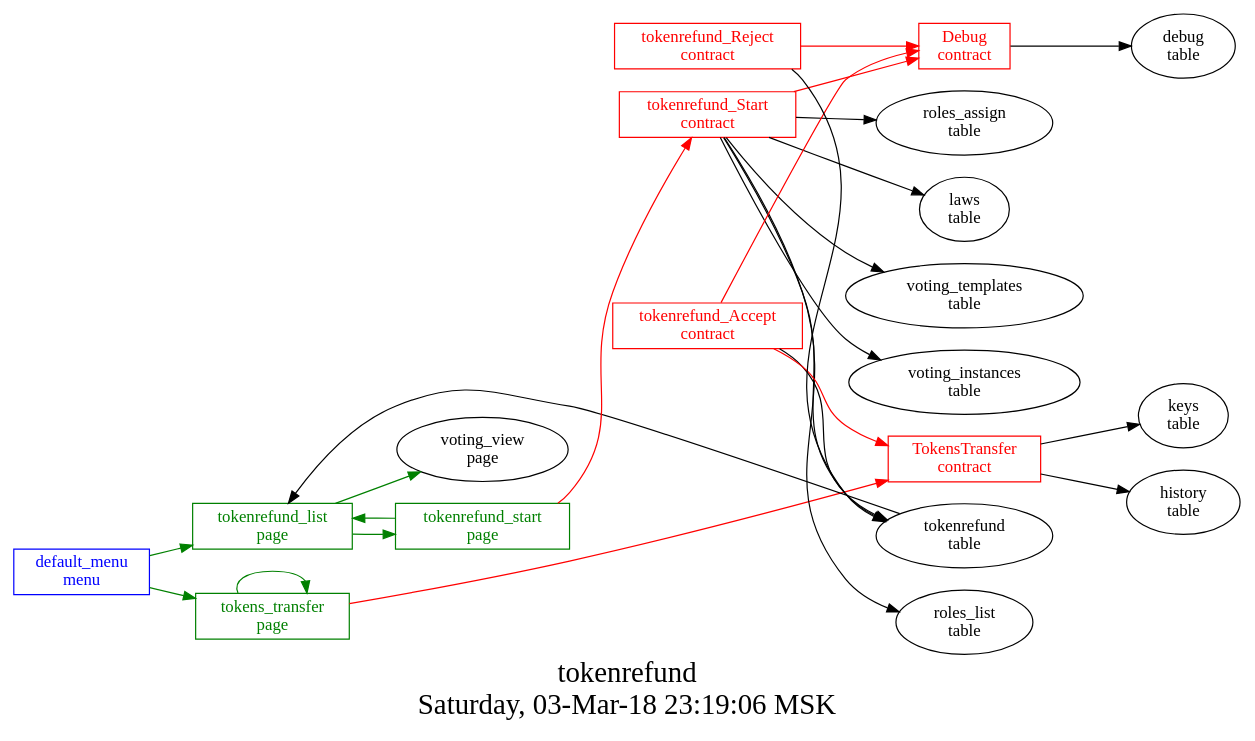
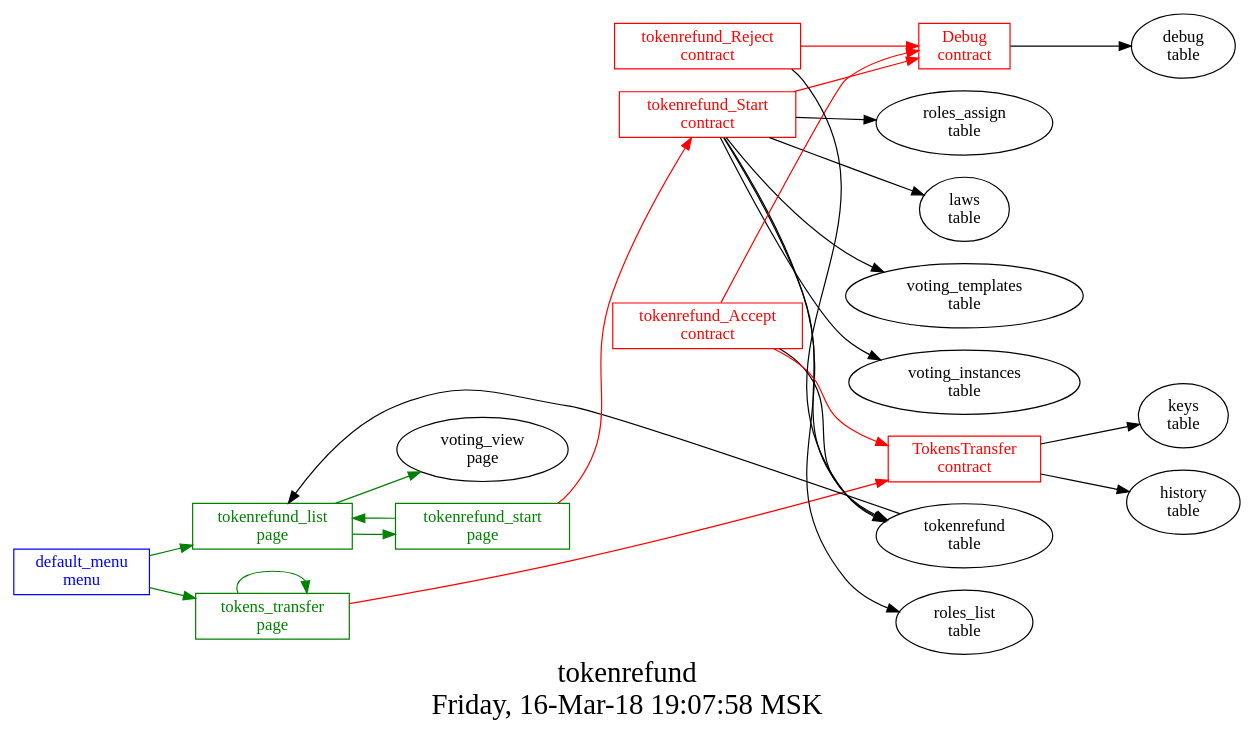
Before and after one commit to AplaProject/apps: the diagram in src/basic/basic_main/tokenrefund/struct.dot, drawn with Graphviz. The commit also changed 4 other files, not shown here.

```diff
--- a/src/basic/basic_main/tokenrefund/struct.dot
+++ b/src/basic/basic_main/tokenrefund/struct.dot
@@ -1,46 +1,46 @@
 digraph G {
 graph [
   fontsize="24";
-  label="tokenrefund\nSaturday, 03-Mar-18 23:19:06 MSK";
+  label="tokenrefund\nFriday, 16-Mar-18 19:07:58 MSK";
   nojustify=true;
   ordering=out;
   rankdir=LR;
   size="30";
 ];
 "default_menu\nmenu" -> "tokenrefund_list\npage"  [ color=green ]
 "default_menu\nmenu" -> "tokens_transfer\npage"  [ color=green ]
 "default_menu\nmenu" [color=blue, fontcolor=blue, group=menus, shape=record];
 "tokenrefund\ntable" -> "tokenrefund_list\npage"  [ color="" ]
 "tokenrefund_list\npage" -> "voting_view\npage"  [ color=green ]
 "tokenrefund_list\npage" -> "tokenrefund_start\npage"  [ color=green ]
 "tokenrefund_list\npage" [color=green, fontcolor=green, group=pages, shape=record];
 "tokenrefund_start\npage" -> "tokenrefund_Start\ncontract"  [ color=red ]
 "tokenrefund_start\npage" -> "tokenrefund_list\npage"  [ color=green ]
 "tokenrefund_start\npage" [color=green, fontcolor=green, group=pages, shape=record];
 "tokens_transfer\npage" -> "TokensTransfer\ncontract"  [ color=red ]
 "tokens_transfer\npage" -> "tokens_transfer\npage"  [ color=green ]
 "tokens_transfer\npage" [color=green, fontcolor=green, group=pages, shape=record];
 "Debug\ncontract" -> "debug\ntable"  [ color="" ]
 "Debug\ncontract" [color=red, fontcolor=red, group=contracts, shape=record];
 "TokensTransfer\ncontract" -> "keys\ntable"  [ color="" ]
 "TokensTransfer\ncontract" -> "history\ntable"  [ color="" ]
 "TokensTransfer\ncontract" [color=red, fontcolor=red, group=contracts, shape=record];
 "tokenrefund_Accept\ncontract" -> "Debug\ncontract"  [ color=red ]
 "tokenrefund_Accept\ncontract" -> "TokensTransfer\ncontract"  [ color=red ]
 "tokenrefund_Accept\ncontract" -> "tokenrefund\ntable"  [ color="" ]
 "tokenrefund_Accept\ncontract" [color=red, fontcolor=red, group=contracts, shape=record];
 "tokenrefund_Reject\ncontract" -> "Debug\ncontract"  [ color=red ]
 "tokenrefund_Reject\ncontract" -> "tokenrefund\ntable"  [ color="" ]
 "tokenrefund_Reject\ncontract" [color=red, fontcolor=red, group=contracts, shape=record];
 "tokenrefund_Start\ncontract" -> "Debug\ncontract"  [ color=red ]
 "tokenrefund_Start\ncontract" -> "roles_assign\ntable"  [ color="" ]
 "tokenrefund_Start\ncontract" -> "laws\ntable"  [ color="" ]
 "tokenrefund_Start\ncontract" -> "voting_templates\ntable"  [ color="" ]
 "tokenrefund_Start\ncontract" -> "voting_instances\ntable"  [ color="" ]
 "tokenrefund_Start\ncontract" -> "tokenrefund\ntable"  [ color="" ]
 "tokenrefund_Start\ncontract" -> "roles_list\ntable"  [ color="" ]
 "tokenrefund_Start\ncontract" [color=red, fontcolor=red, group=contracts, shape=record];
 "debug\ntable" [color="", fontcolor="", group=tables, shape=""];
 "laws\ntable" [color="", fontcolor="", group=tables, shape=""];
 "tokenrefund\ntable" [color="", fontcolor="", group=tables, shape=""];
 }
```
